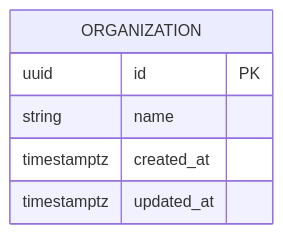
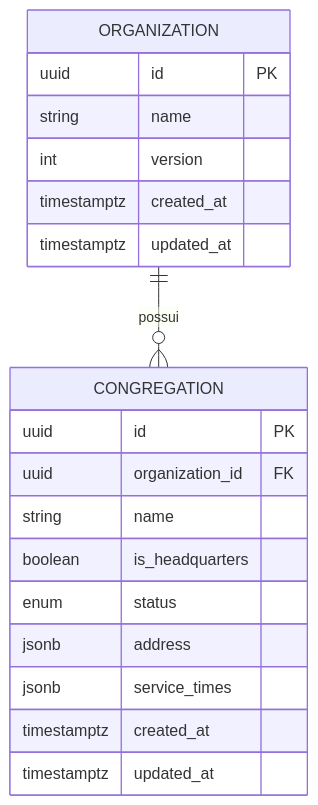
The first of 6 diagrams in docs/diagramas/modelo-er.md (JTllesJR/sistema-igreja), drawn with Mermaid before and after one commit. The commit also changed other lines of this file and 22 other files, not shown here.

````diff
--- a/docs/diagramas/modelo-er.md
+++ b/docs/diagramas/modelo-er.md
@@ -24,9 +24,22 @@
 ```mermaid
 erDiagram
+    ORGANIZATION ||--o{ CONGREGATION : possui
     ORGANIZATION {
         uuid id PK
         string name
+        int version
+        timestamptz created_at
+        timestamptz updated_at
+    }
+    CONGREGATION {
+        uuid id PK
+        uuid organization_id FK
+        string name
+        boolean is_headquarters
+        enum status
+        jsonb address
+        jsonb service_times
         timestamptz created_at
         timestamptz updated_at
     }
 ```
````
